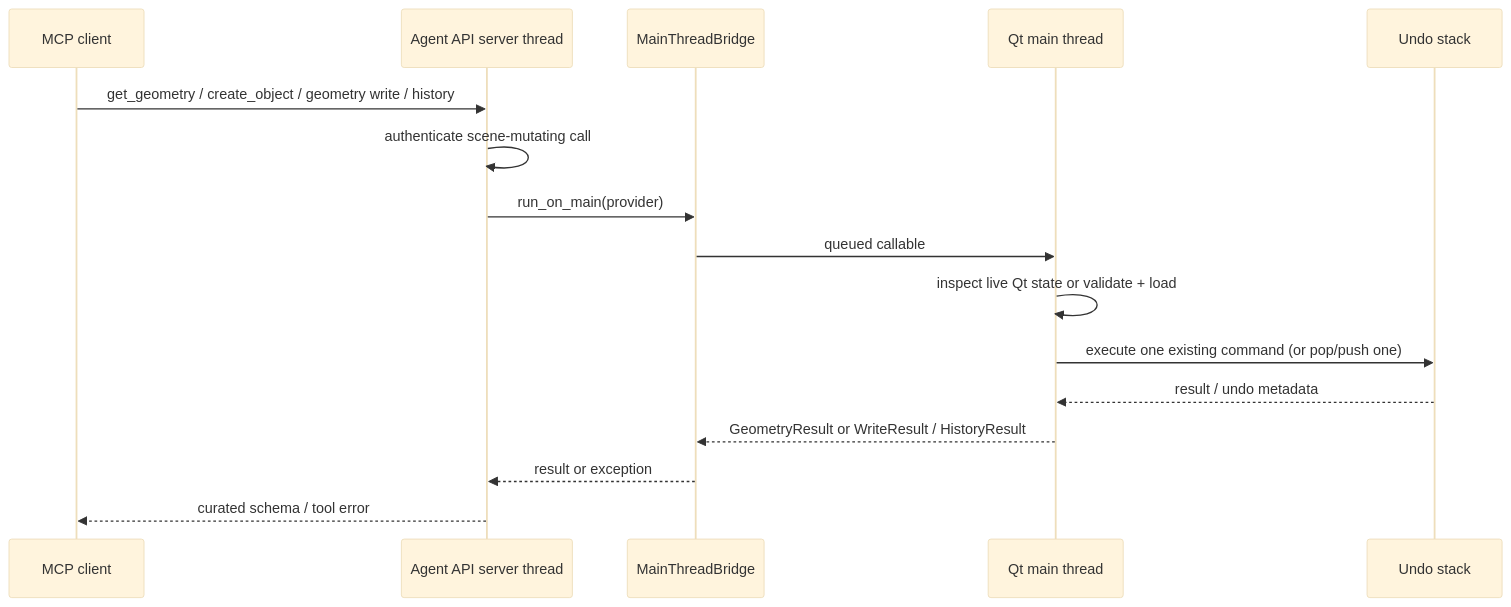
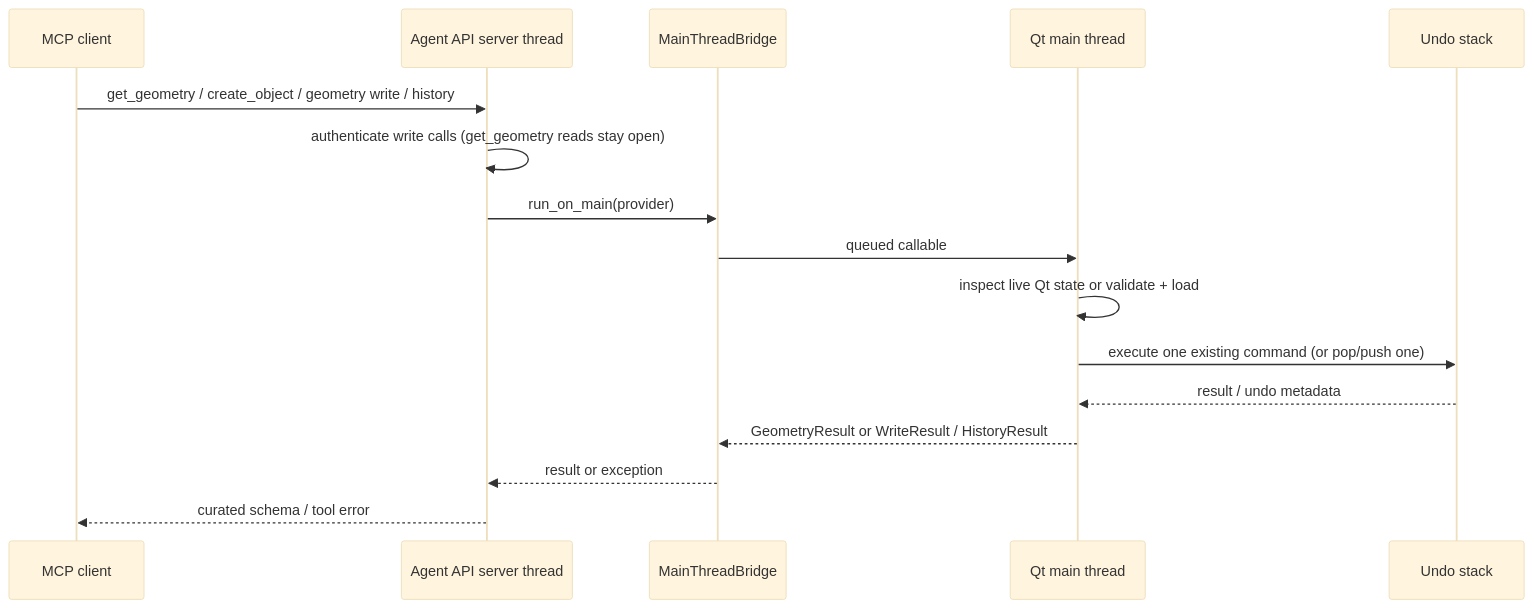
Before and after one commit to cofade/open-garden-planner: the fifth of 9 diagrams in docs/06-runtime-view/README.md, drawn with Mermaid (base theme). The commit also changed 23 other files, not shown here.

````diff
--- a/docs/06-runtime-view/README.md
+++ b/docs/06-runtime-view/README.md
@@ -137,19 +137,19 @@
 ```mermaid
 sequenceDiagram
     participant A as MCP client
     participant S as Agent API server thread
     participant B as MainThreadBridge
     participant Q as Qt main thread
     participant U as Undo stack
 
     A->>S: get_geometry / create_object / geometry write / history
-    S->>S: authenticate scene-mutating call
+    S->>S: authenticate write calls (get_geometry reads stay open)
     S->>B: run_on_main(provider)
     B->>Q: queued callable
     Q->>Q: inspect live Qt state or validate + load
     Q->>U: execute one existing command (or pop/push one)
     U-->>Q: result / undo metadata
     Q-->>B: GeometryResult or WriteResult / HistoryResult
     B-->>S: result or exception
     S-->>A: curated schema / tool error
 ```
````
